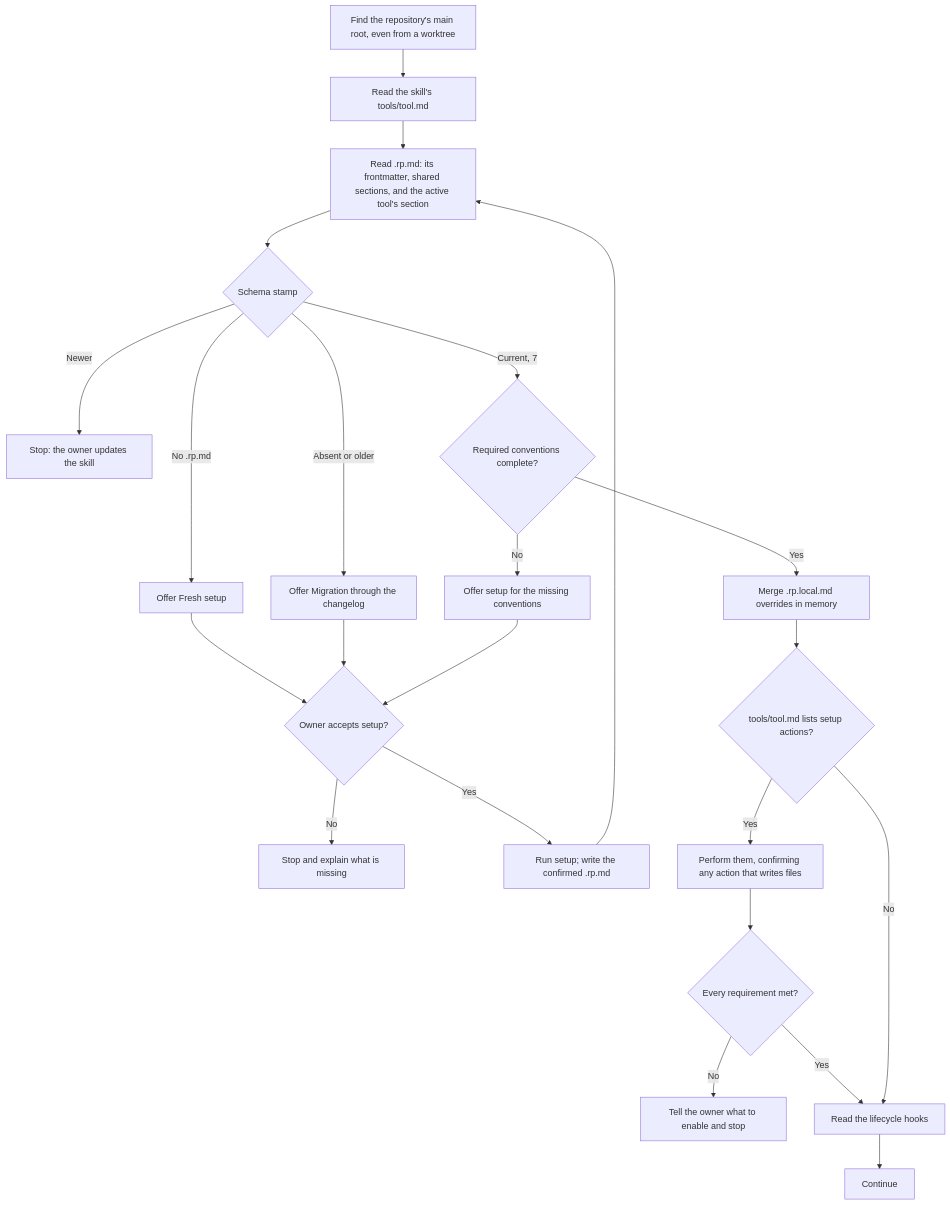
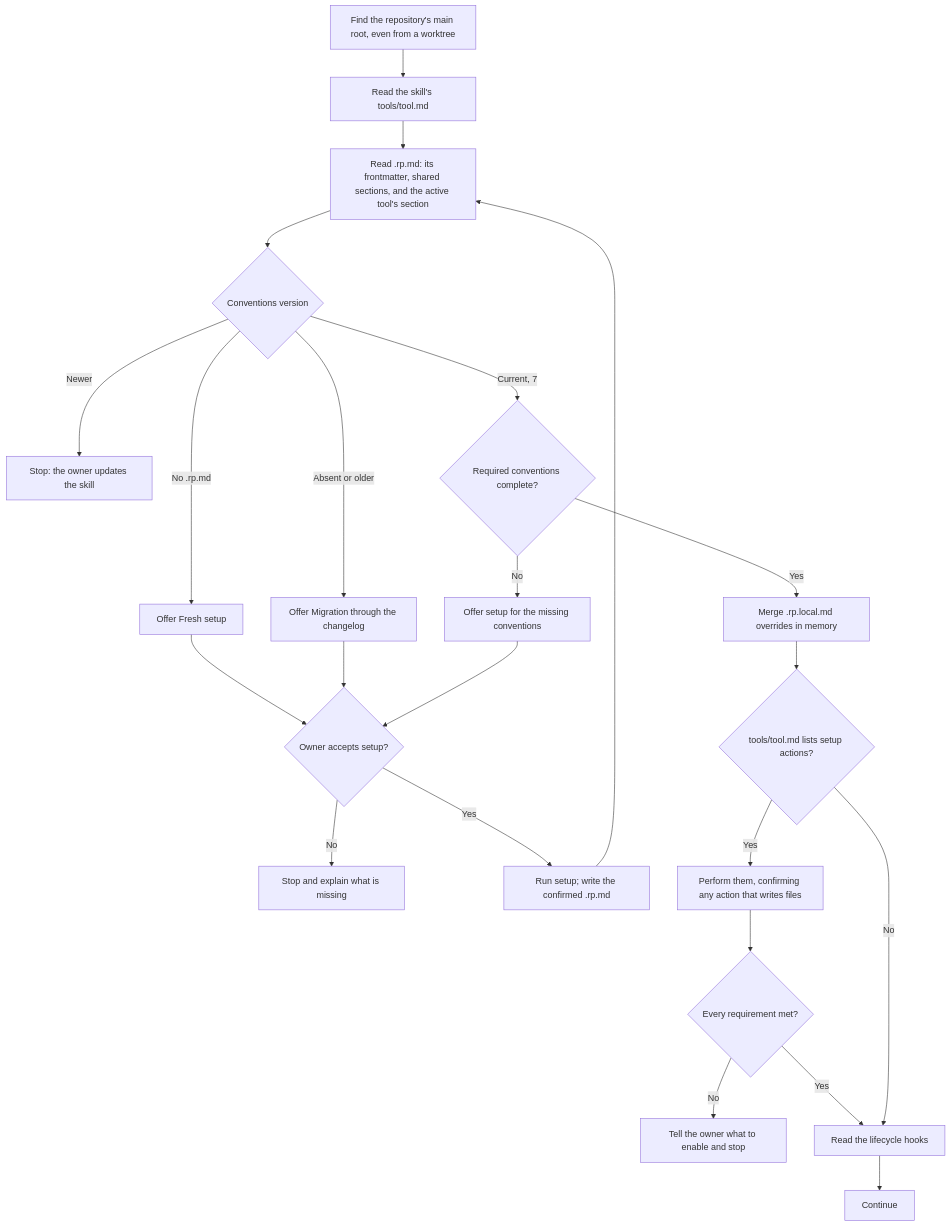
Before and after one commit to Automattic/radical-pipelines: the diagram in docs/flowcharts/load-conventions.md, drawn with Mermaid. The commit also changed 4 other files, not shown here.

Commit message:
Name the conventions version one way (assisted)

````diff
--- a/docs/flowcharts/load-conventions.md
+++ b/docs/flowcharts/load-conventions.md
@@ -5,25 +5,25 @@
 ```mermaid
 flowchart TD
     A["Find the repository's main root, even from a worktree"] --> B["Read the skill's tools/tool.md"]
     B --> C["Read .rp.md: its frontmatter, shared sections, and the active tool's section"]
-    C --> H{"Schema stamp"}
+    C --> H{"Conventions version"}
     H -->|No .rp.md| I["Offer Fresh setup"]
     H -->|Absent or older| J["Offer Migration through the changelog"]
     H -->|Newer| L["Stop: the owner updates the skill"]
     H -->|Current, 7| K{"Required conventions complete?"}
     I --> M{"Owner accepts setup?"}
     J --> M
     K -->|No| N["Offer setup for the missing conventions"]
     N --> M
     M -->|No| STOP["Stop and explain what is missing"]
     M -->|Yes| SETUP["Run setup; write the confirmed .rp.md"]
     SETUP --> C
     K -->|Yes| G["Merge .rp.local.md overrides in memory"]
     G --> T{"tools/tool.md lists setup actions?"}
     T -->|Yes| TA["Perform them, confirming any action that writes files"]
     TA --> TR{"Every requirement met?"}
     TR -->|No| TSTOP["Tell the owner what to enable and stop"]
     TR -->|Yes| P
     T -->|No| P["Read the lifecycle hooks"]
     P --> Q["Continue"]
 ```
````
